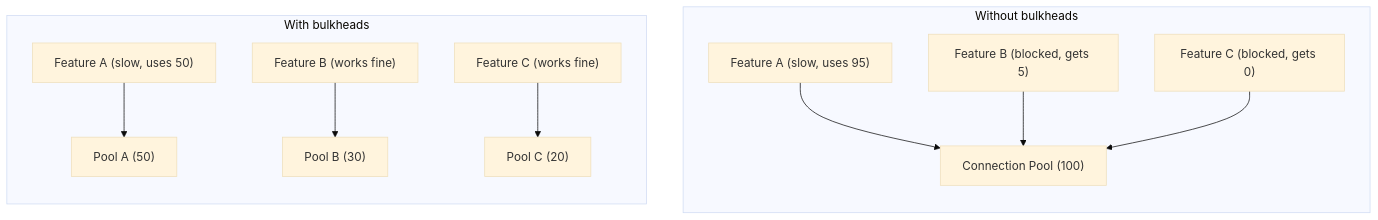
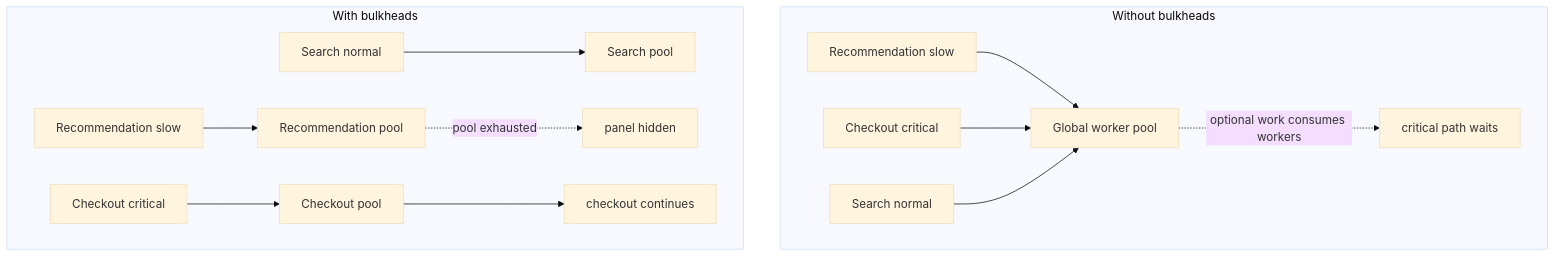
One commit to kube-dojo/kube-dojo changed the seventh of 11 diagrams in src/content/docs/platform/foundations/reliability-engineering/module-2.2-failure-modes-and-effects.md. Above: the diagram before and after it, drawn with Mermaid (base theme). The commit also changed other lines of this file and 4 other files, not shown here.

````diff
--- a/src/content/docs/platform/foundations/reliability-engineering/module-2.2-failure-modes-and-effects.md
+++ b/src/content/docs/platform/foundations/reliability-engineering/module-2.2-failure-modes-and-effects.md
@@ -519,20 +279,21 @@
 ```mermaid
 flowchart TD
     subgraph Without["Without bulkheads"]
-        direction TB
-        Pool["Connection Pool (100)"]
-        FA["Feature A (slow, uses 95)"] --> Pool
-        FB["Feature B (blocked, gets 5)"] --> Pool
-        FC["Feature C (blocked, gets 0)"] --> Pool
+        P["Global worker pool"]
+        R["Recommendation slow"] --> P
+        C["Checkout critical"] --> P
+        S["Search normal"] --> P
+        P -. "optional work consumes workers" .-> O["critical path waits"]
     end
 
     subgraph With["With bulkheads"]
-        direction TB
-        PA["Pool A (50)"]
-        PB["Pool B (30)"]
-        PC["Pool C (20)"]
-        F_A["Feature A (slow, uses 50)"] --> PA
-        F_B["Feature B (works fine)"] --> PB
-        F_C["Feature C (works fine)"] --> PC
+        RP["Recommendation pool"]
+        CP["Checkout pool"]
+        SP["Search pool"]
+        R2["Recommendation slow"] --> RP
+        C2["Checkout critical"] --> CP
+        S2["Search normal"] --> SP
+        RP -. "pool exhausted" .-> RR["panel hidden"]
+        CP --> OK["checkout continues"]
     end
 ```
````
